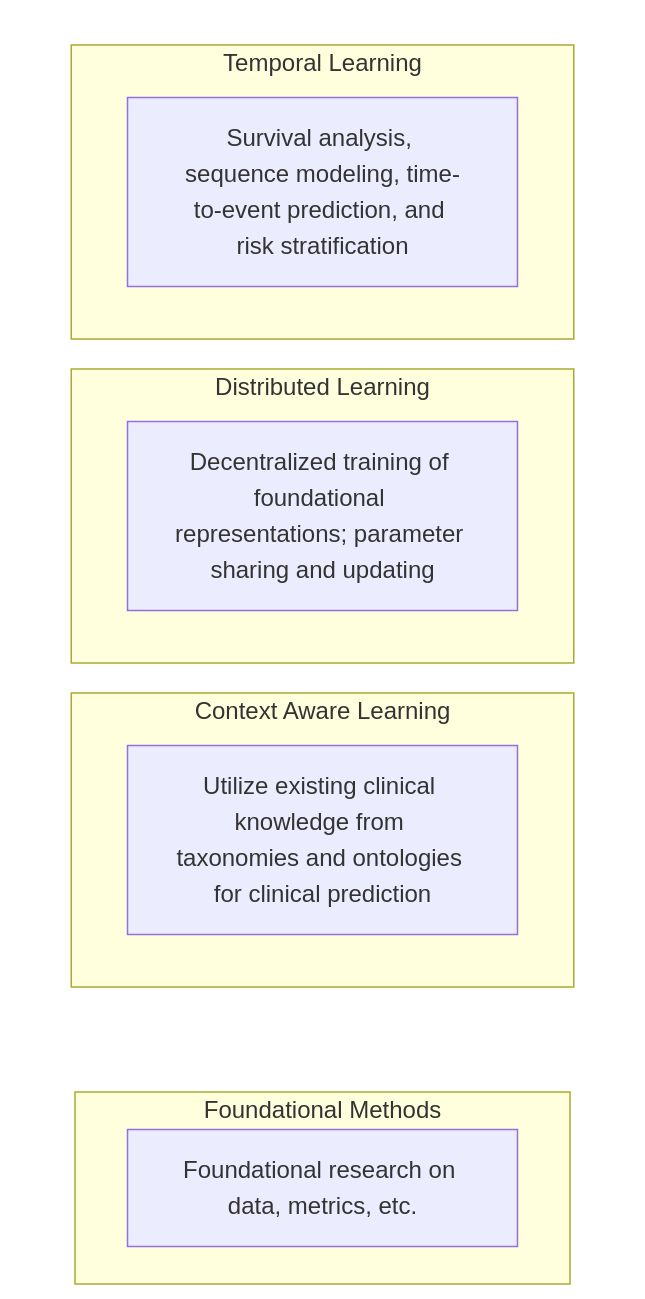
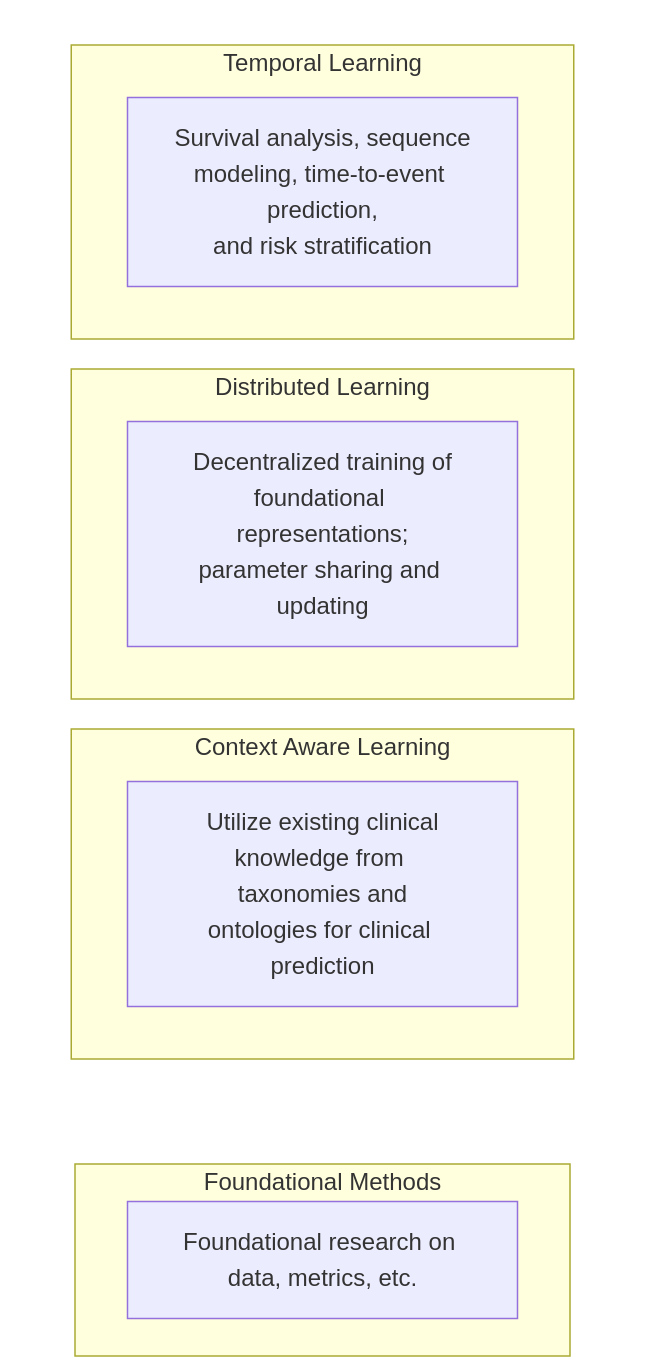
One commit to mi-erasmusmc/foundational-methods changed the diagram in docs/research.md. Above: the diagram before and after it, drawn with Mermaid.

Commit message:
Format research graph

````diff
--- a/docs/research.md
+++ b/docs/research.md
@@ -5,36 +5,36 @@
 ```mermaid
 %%{init: {"theme":"default"} }%%
 flowchart TB
 
 subgraph TOP[" "]
   direction LR
 
   subgraph P1["Context Aware Learning"]
-    A1["Utilize existing clinical knowledge from taxonomies and ontologies for clinical prediction"]
+    A1["Utilize existing clinical<br>knowledge from taxonomies and<br/>ontologies for clinical prediction"]
   end
 
   subgraph P2["Distributed Learning"]
-    A2["Decentralized training of foundational representations; parameter sharing and updating"]
+    A2["Decentralized training of<br/>foundational representations;<br/>parameter sharing and updating"]
   end
 
   subgraph P3["Temporal Learning"]
-    A3["Survival analysis, sequence modeling, time-to-event prediction, and risk stratification"]
+    A3["Survival analysis, sequence<br/>modeling, time-to-event prediction,<br/>and risk stratification"]
   end
 end
 
 subgraph BOTTOM["Foundational Methods"]
   B["Foundational research on data, metrics, etc."]
 end
 
 %% force BOTTOM below the pillars (hide the lines)
 A1 --- B
 A2 --- B
 A3 --- B
 
 linkStyle 0 stroke:transparent,stroke-width:0;
 linkStyle 1 stroke:transparent,stroke-width:0;
 linkStyle 2 stroke:transparent,stroke-width:0;
 
 %% hide only the TOP container border/background (keep BOTTOM visible)
 style TOP fill:transparent,stroke:transparent;
 ```
````
